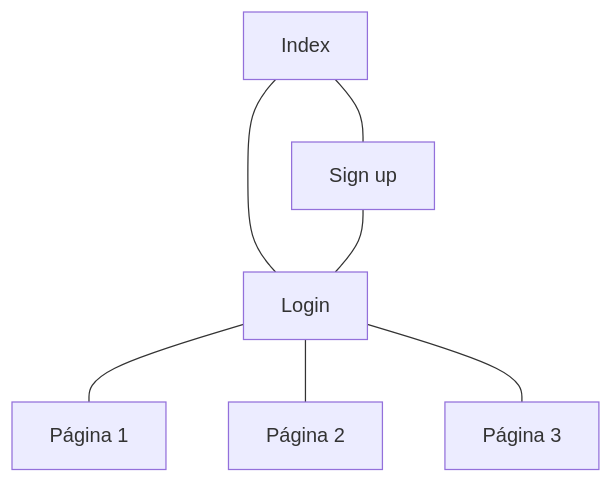
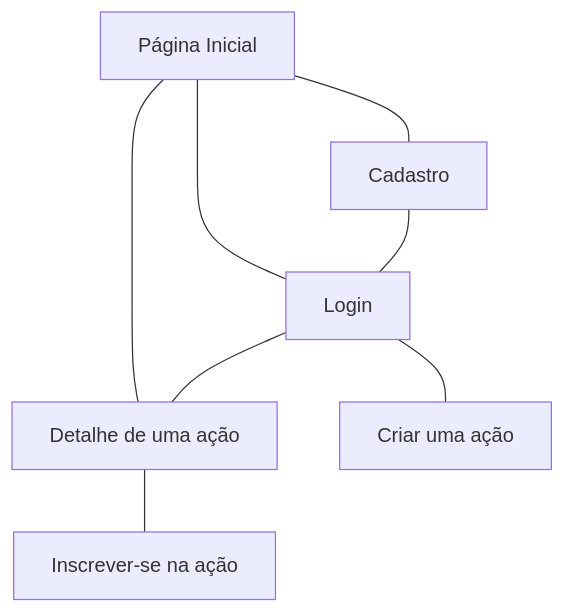
The diagram in doc/mapa-site/mapa-site.md (tads-cnat/qajuda), drawn with Mermaid before and after one commit.

Commit message:
Update do mapa de site

````diff
--- a/doc/mapa-site/mapa-site.md
+++ b/doc/mapa-site/mapa-site.md
@@ -5,9 +5,10 @@
 ```mermaid
 flowchart TD
-    A[Index] --- B[Login]
-    A[Index] --- C[Cadastro]
-    C[Sign up] --- B[Login]
-    B --- D[Página 1]
-    B --- E[Página 2]
-    B --- F[Página 3]
+    A[Página Inicial] --- B[Login]
+    A[Página Inicial] --- C[Cadastro]
+    C[Cadastro] --- B[Login]
+    A --- D[Detalhe de uma ação]
+    B --- D[Detalhe de uma ação]
+    B --- E[Criar uma ação]
+    D --- F[Inscrever-se na ação]
 ```
````
